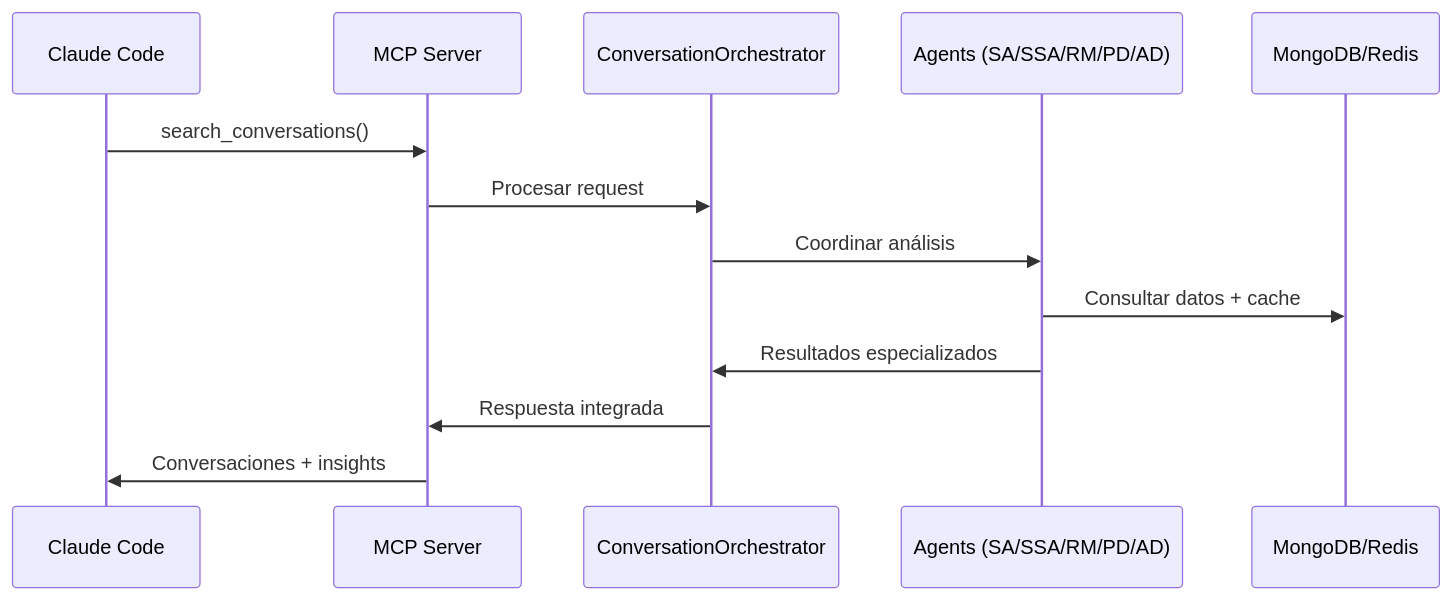
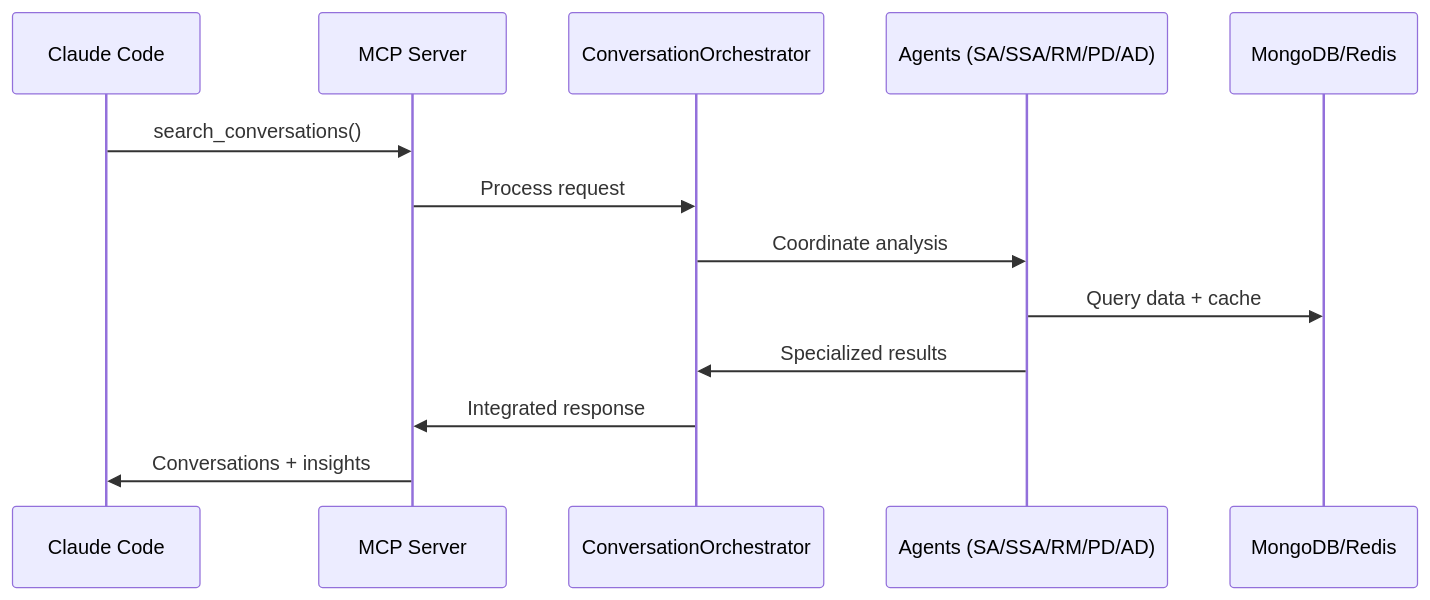
Before and after one commit to LucianoRicardo737/claude-conversation-logger: the second of 2 diagrams in README.md, drawn with Mermaid. The commit also changed other lines of this file, not shown here.

````diff
--- a/README.md
+++ b/README.md
@@ -324,16 +324,16 @@
 ```mermaid
 sequenceDiagram
     participant CC as Claude Code
     participant MCP as MCP Server
     participant CO as ConversationOrchestrator
     participant AG as Agents (SA/SSA/RM/PD/AD)
     participant DB as MongoDB/Redis
     
     CC->>MCP: search_conversations()
-    MCP->>CO: Procesar request
-    CO->>AG: Coordinar análisis
-    AG->>DB: Consultar datos + cache
-    AG->>CO: Resultados especializados
-    CO->>MCP: Respuesta integrada
-    MCP->>CC: Conversaciones + insights
+    MCP->>CO: Process request
+    CO->>AG: Coordinate analysis
+    AG->>DB: Query data + cache
+    AG->>CO: Specialized results
+    CO->>MCP: Integrated response
+    MCP->>CC: Conversations + insights
 ```
````
